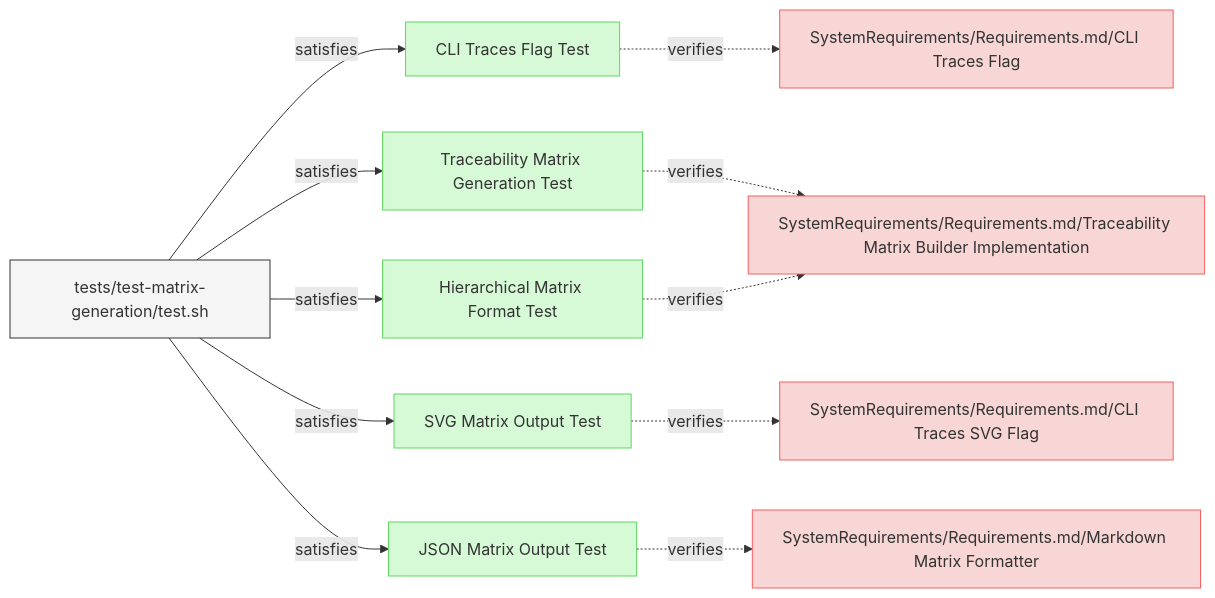
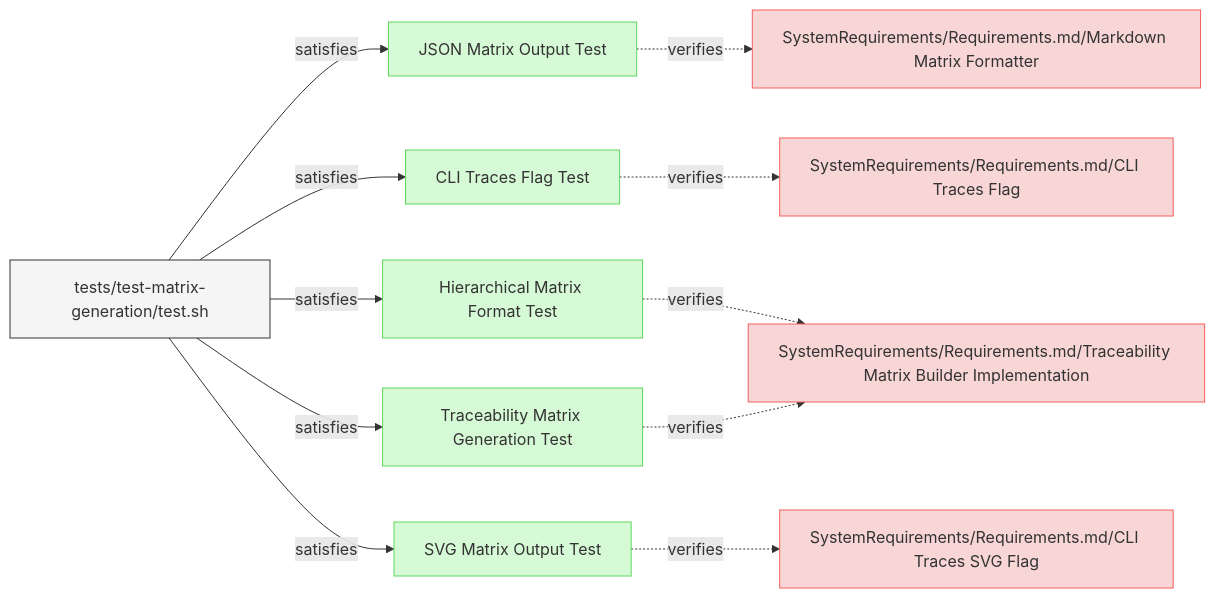
Before and after one commit to reqvire-org/reqvire: the diagram in specifications/Verifications/TreacibilityMatrix.md, drawn with Mermaid. The commit also changed 44 other files, not shown here.

Commit message:
Diagrams bug fixes. Test improvements.

````diff
--- a/specifications/Verifications/TreacibilityMatrix.md
+++ b/specifications/Verifications/TreacibilityMatrix.md
@@ -6,49 +6,61 @@
 ```mermaid
 graph LR;
   %% Graph styling
   classDef requirement fill:#f9d6d6,stroke:#f55f5f,stroke-width:1px;
   classDef verification fill:#d6f9d6,stroke:#5fd75f,stroke-width:1px;
   classDef externalLink fill:#d0e0ff,stroke:#3080ff,stroke-width:1px;
   classDef default fill:#f5f5f5,stroke:#333333,stroke-width:1px;
 
+  50c290277850dd17["JSON Matrix Output Test"];
+  class 50c290277850dd17 verification;
+  click 50c290277850dd17 "TreacibilityMatrix.md#json-matrix-output-test";
+  1b7491b67a792bc9["SystemRequirements/Requirements.md/Markdown Matrix Formatter"];
+  class 1b7491b67a792bc9 requirement;
+  click 1b7491b67a792bc9 "../SystemRequirements/Requirements.md#markdown-matrix-formatter";
+  50c290277850dd17 -.->|verifies| 1b7491b67a792bc9;
+  8aec4f4d071ac12c["tests/test-matrix-generation/test.sh"];
+  class 8aec4f4d071ac12c default;
+  click 8aec4f4d071ac12c "../../tests/test-matrix-generation/test.sh";
+  8aec4f4d071ac12c -->|satisfies| 50c290277850dd17;
   7f6c7f917ed529ae["CLI Traces Flag Test"];
-  click 7f6c7f917ed529ae "specifications/Verifications/TreacibilityMatrix.md#cli-traces-flag-test#cli-traces-flag-test";
   class 7f6c7f917ed529ae verification;
+  click 7f6c7f917ed529ae "TreacibilityMatrix.md#cli-traces-flag-test";
   cb36e164a6ea70ff["SystemRequirements/Requirements.md/CLI Traces Flag"];
   class cb36e164a6ea70ff requirement;
-  click cb36e164a6ea70ff "specifications/SystemRequirements/Requirements.md#cli-traces-flag#cli-traces-flag";
+  click cb36e164a6ea70ff "../SystemRequirements/Requirements.md#cli-traces-flag";
   7f6c7f917ed529ae -.->|verifies| cb36e164a6ea70ff;
   8aec4f4d071ac12c["tests/test-matrix-generation/test.sh"];
   class 8aec4f4d071ac12c default;
-  click 8aec4f4d071ac12c "tests/test-matrix-generation/test.sh";
+  click 8aec4f4d071ac12c "../../tests/test-matrix-generation/test.sh";
   8aec4f4d071ac12c -->|satisfies| 7f6c7f917ed529ae;
-  aa85c85e7c41d899["Traceability Matrix Generation Test"];
-  click aa85c85e7c41d899 "specifications/Verifications/TreacibilityMatrix.md#traceability-matrix-generation-test#traceability-matrix-generation-test";
-  class aa85c85e7c41d899 verification;
+  5a25cf6244f4f44["Hierarchical Matrix Format Test"];
+  class 5a25cf6244f4f44 verification;
+  click 5a25cf6244f4f44 "TreacibilityMatrix.md#hierarchical-matrix-format-test";
   b55d8517cd3e58["SystemRequirements/Requirements.md/Traceability Matrix Builder Implementation"];
   class b55d8517cd3e58 requirement;
-  click b55d8517cd3e58 "specifications/SystemRequirements/Requirements.md#traceability-matrix-builder-implementation#traceability-matrix-builder-implementation";
-  aa85c85e7c41d899 -.->|verifies| b55d8517cd3e58;
-  8aec4f4d071ac12c -->|satisfies| aa85c85e7c41d899;
+  click b55d8517cd3e58 "../SystemRequirements/Requirements.md#traceability-matrix-builder-implementation";
+  5a25cf6244f4f44 -.->|verifies| b55d8517cd3e58;
+  8aec4f4d071ac12c["tests/test-matrix-generation/test.sh"];
+  class 8aec4f4d071ac12c default;
+  click 8aec4f4d071ac12c "../../tests/test-matrix-generation/test.sh";
+  8aec4f4d071ac12c -->|satisfies| 5a25cf6244f4f44;
   62b41611d85d4161["SVG Matrix Output Test"];
-  click 62b41611d85d4161 "specifications/Verifications/TreacibilityMatrix.md#svg-matrix-output-test#svg-matrix-output-test";
   class 62b41611d85d4161 verification;
+  click 62b41611d85d4161 "TreacibilityMatrix.md#svg-matrix-output-test";
   1d9a1c502316e443["SystemRequirements/Requirements.md/CLI Traces SVG Flag"];
   class 1d9a1c502316e443 requirement;
-  click 1d9a1c502316e443 "specifications/SystemRequirements/Requirements.md#cli-traces-svg-flag#cli-traces-svg-flag";
+  click 1d9a1c502316e443 "../SystemRequirements/Requirements.md#cli-traces-svg-flag";
   62b41611d85d4161 -.->|verifies| 1d9a1c502316e443;
+  8aec4f4d071ac12c["tests/test-matrix-generation/test.sh"];
+  class 8aec4f4d071ac12c default;
+  click 8aec4f4d071ac12c "../../tests/test-matrix-generation/test.sh";
   8aec4f4d071ac12c -->|satisfies| 62b41611d85d4161;
-  5a25cf6244f4f44["Hierarchical Matrix Format Test"];
-  click 5a25cf6244f4f44 "specifications/Verifications/TreacibilityMatrix.md#hierarchical-matrix-format-test#hierarchical-matrix-format-test";
-  class 5a25cf6244f4f44 verification;
-  5a25cf6244f4f44 -.->|verifies| b55d8517cd3e58;
-  8aec4f4d071ac12c -->|satisfies| 5a25cf6244f4f44;
-  50c290277850dd17["JSON Matrix Output Test"];
-  click 50c290277850dd17 "specifications/Verifications/TreacibilityMatrix.md#json-matrix-output-test#json-matrix-output-test";
-  class 50c290277850dd17 verification;
-  1b7491b67a792bc9["SystemRequirements/Requirements.md/Markdown Matrix Formatter"];
-  class 1b7491b67a792bc9 requirement;
-  click 1b7491b67a792bc9 "specifications/SystemRequirements/Requirements.md#markdown-matrix-formatter#markdown-matrix-formatter";
-  50c290277850dd17 -.->|verifies| 1b7491b67a792bc9;
-  8aec4f4d071ac12c -->|satisfies| 50c290277850dd17;
+  aa85c85e7c41d899["Traceability Matrix Generation Test"];
+  class aa85c85e7c41d899 verification;
+  click aa85c85e7c41d899 "TreacibilityMatrix.md#traceability-matrix-generation-test";
+  aa85c85e7c41d899 -.->|verifies| b55d8517cd3e58;
+  8aec4f4d071ac12c["tests/test-matrix-generation/test.sh"];
+  class 8aec4f4d071ac12c default;
+  click 8aec4f4d071ac12c "../../tests/test-matrix-generation/test.sh";
+  8aec4f4d071ac12c -->|satisfies| aa85c85e7c41d899;
 ```
````
